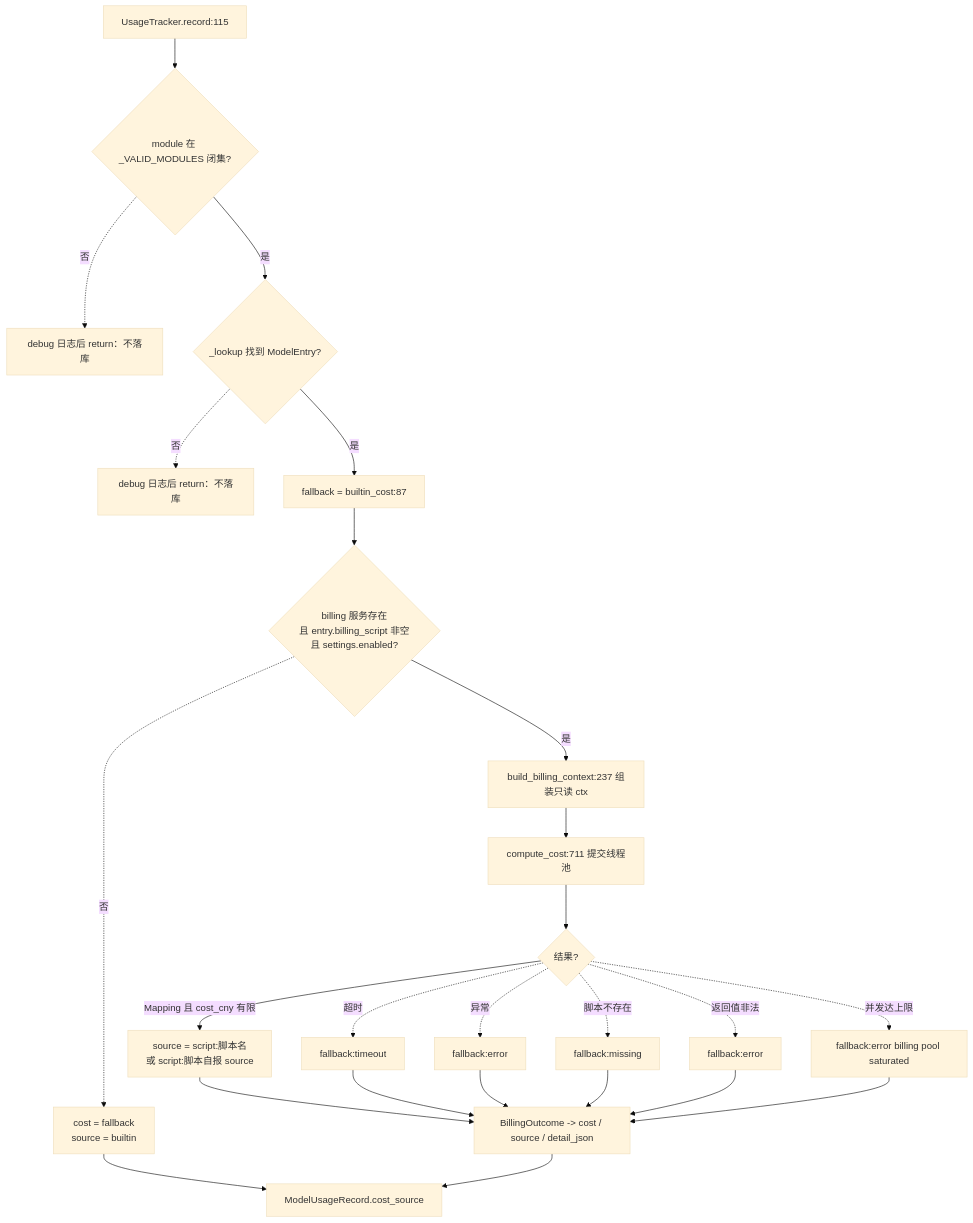
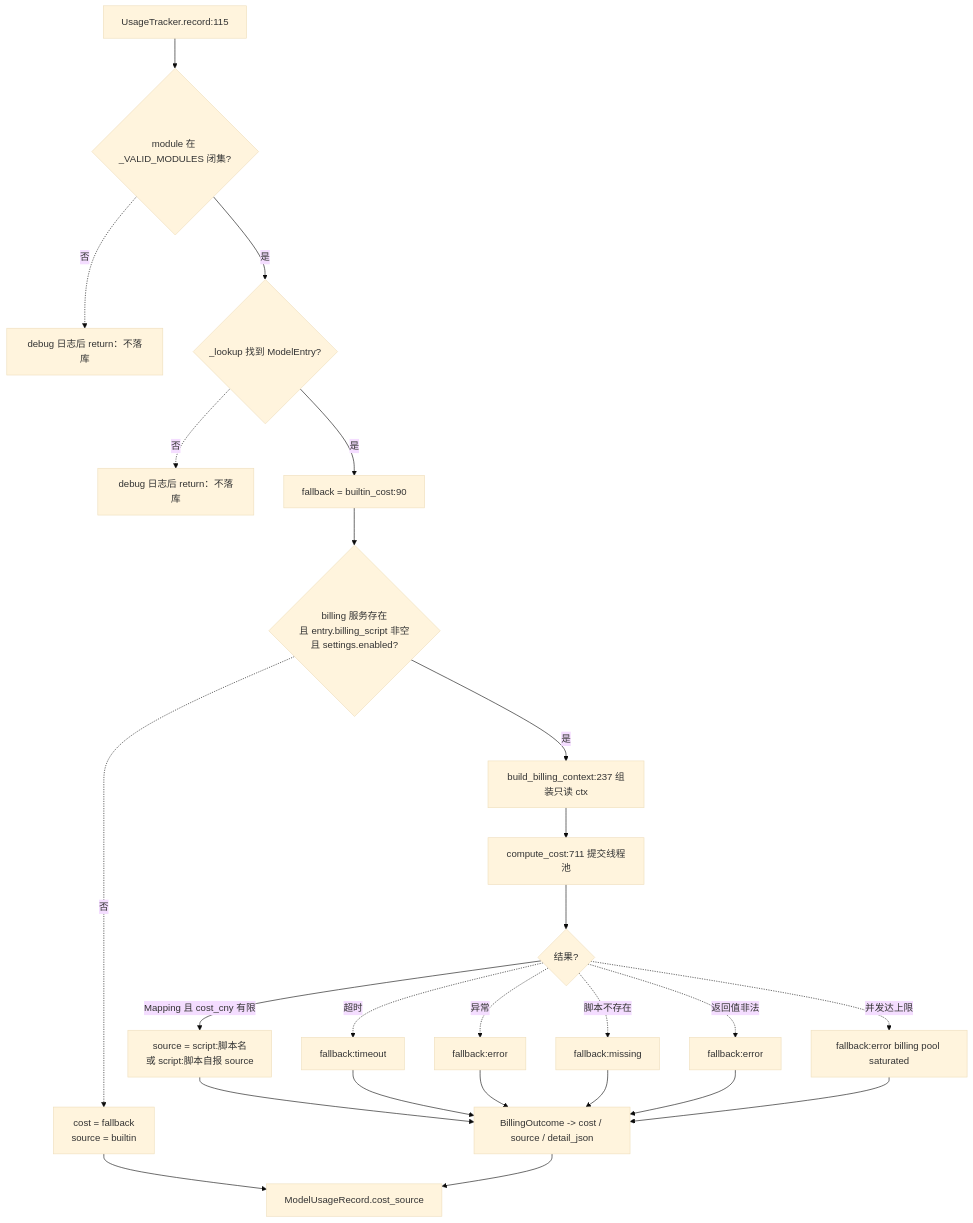
Before and after one commit to SuperQuail/NeoBot: the ninth of 11 diagrams in docs/flow/05-llm-routing.md, drawn with Mermaid (base theme). The commit also changed other lines of this file and 7 other files, not shown here.

````diff
--- a/docs/flow/05-llm-routing.md
+++ b/docs/flow/05-llm-routing.md
@@ -350,27 +350,27 @@
 ```mermaid
 flowchart TD
     A["UsageTracker.record:115"] --> B{"module 在 _VALID_MODULES 闭集?"}
     B -.->|"否"| B1["debug 日志后 return：不落库"]
     B -- "是" --> C{"_lookup 找到 ModelEntry?"}
     C -.->|"否"| C1["debug 日志后 return：不落库"]
-    C -- "是" --> D["fallback = builtin_cost:87"]
+    C -- "是" --> D["fallback = builtin_cost:90"]
     D --> E{"billing 服务存在<br/>且 entry.billing_script 非空<br/>且 settings.enabled?"}
     E -.->|"否"| E1["cost = fallback<br/>source = builtin"]
     E -- "是" --> F["build_billing_context:237 组装只读 ctx"]
     F --> G["compute_cost:711 提交线程池"]
     G --> H{"结果?"}
     H -- "Mapping 且 cost_cny 有限" --> H1["source = script:脚本名<br/>或 script:脚本自报 source"]
     H -.->|"超时"| H2["fallback:timeout"]
     H -.->|"异常"| H3["fallback:error"]
     H -.->|"脚本不存在"| H4["fallback:missing"]
     H -.->|"返回值非法"| H5["fallback:error"]
     H -.->|"并发达上限"| H6["fallback:error billing pool saturated"]
     H1 --> I["BillingOutcome -> cost / source / detail_json"]
     H2 --> I
     H3 --> I
     H4 --> I
     H5 --> I
     H6 --> I
     E1 --> J["ModelUsageRecord.cost_source"]
     I --> J
 ```
````
